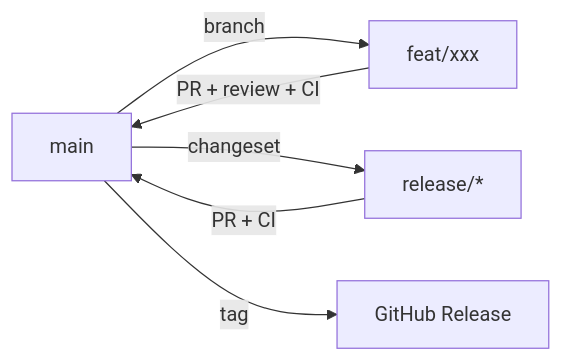
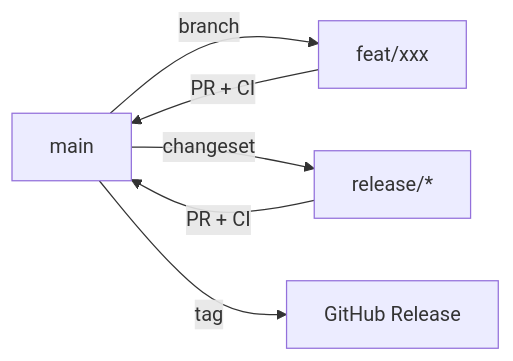
Before and after one commit to bolinz/smart-cicd: the diagram in docs/en/branching-strategy.md, drawn with Mermaid. The commit also changed other lines of this file and 2 other files, not shown here.

````diff
--- a/docs/en/branching-strategy.md
+++ b/docs/en/branching-strategy.md
@@ -43,8 +44,8 @@
 ```mermaid
 graph LR
     A[main] -->|branch| B[feat/xxx]
-    B -->|PR + review + CI| A
+    B -->|PR + CI| A
     A -->|changeset| C[release/*]
     C -->|PR + CI| A
     A -->|tag| D[GitHub Release]
 ```
````
